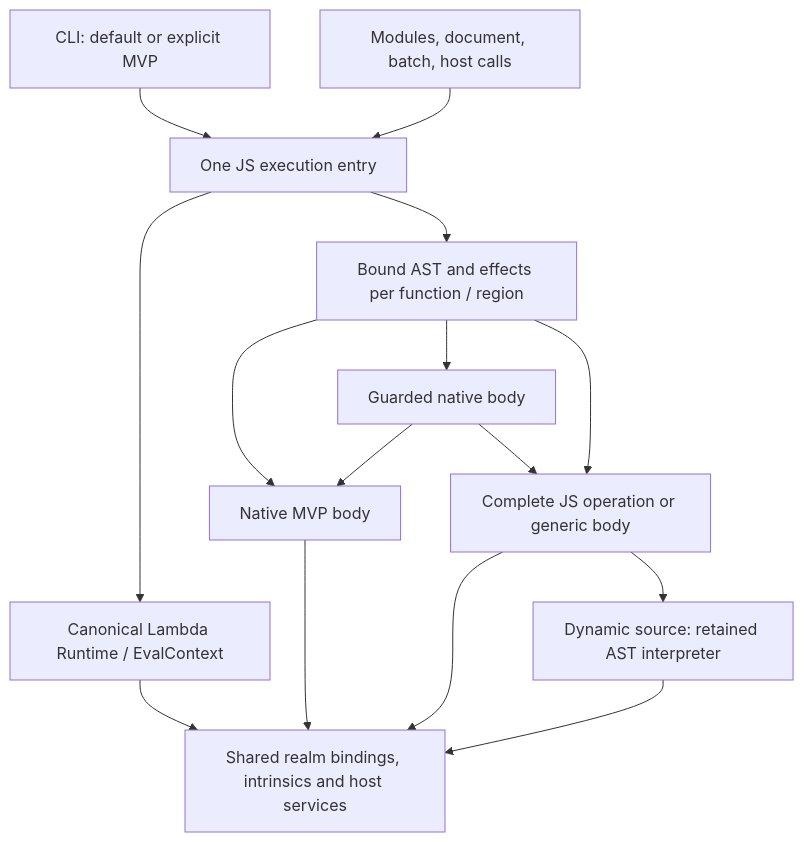
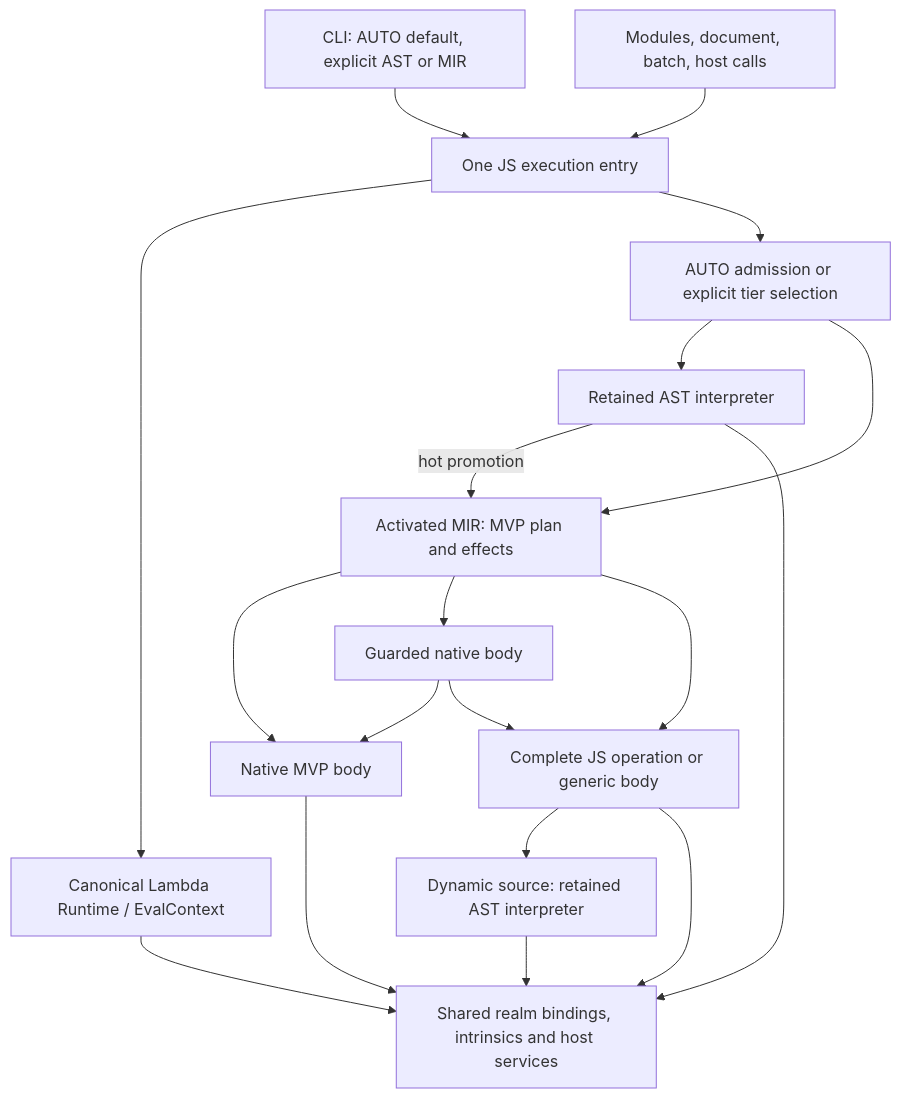
The diagram in vibe/jube/JS_MVP_Integration.md (henry-luo/lambda), drawn with Mermaid before and after one commit. The commit also changed other lines of this file and 12 other files, not shown here.

````diff
--- a/vibe/jube/JS_MVP_Integration.md
+++ b/vibe/jube/JS_MVP_Integration.md
@@ -145,17 +151,21 @@
 ```mermaid
 flowchart TD
-    cli["CLI: default or explicit MVP"] --> entry["One JS execution entry"]
+    cli["CLI: AUTO default, explicit AST or MIR"] --> entry["One JS execution entry"]
     host["Modules, document, batch, host calls"] --> entry
     entry --> owner["Canonical Lambda Runtime / EvalContext"]
-    entry --> plan["Bound AST and effects per function / region"]
+    entry --> tier["AUTO admission or explicit tier selection"]
+    tier --> ast["Retained AST interpreter"]
+    tier --> plan["Activated MIR: MVP plan and effects"]
+    ast -->|hot promotion| plan
     plan --> fast["Native MVP body"]
     plan --> guarded["Guarded native body"]
     guarded --> fast
     guarded --> slow["Complete JS operation or generic body"]
     plan --> slow
     slow --> dynamic["Dynamic source: retained AST interpreter"]
     owner --> realm["Shared realm bindings, intrinsics and host services"]
     fast --> realm
+    ast --> realm
     slow --> realm
     dynamic --> realm
 ```
````
